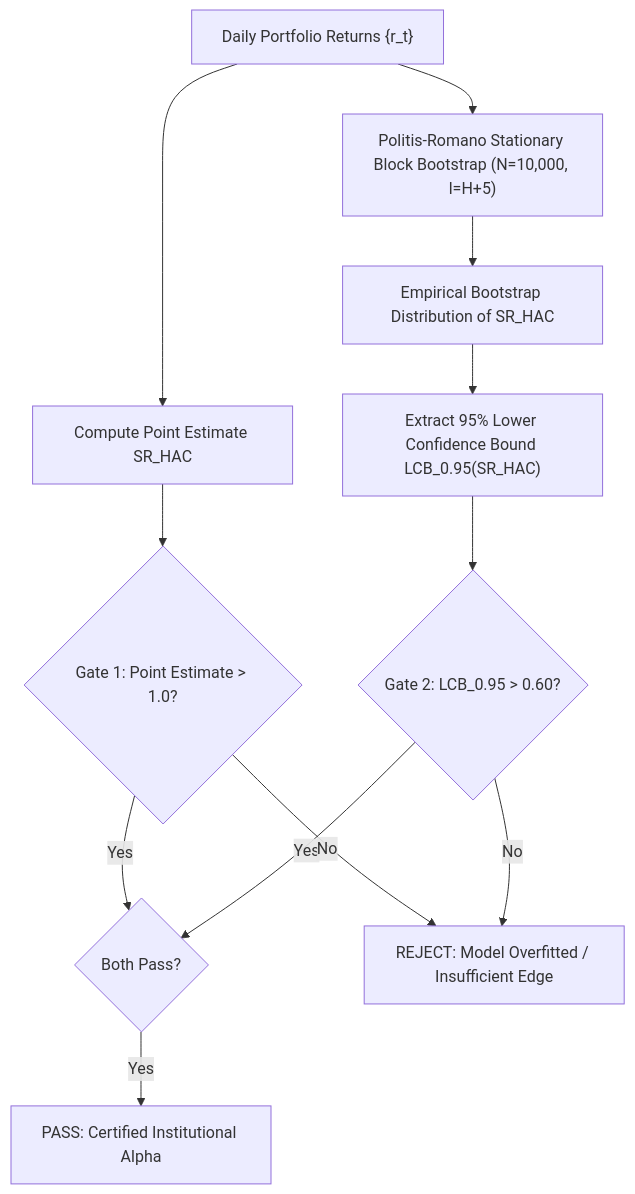
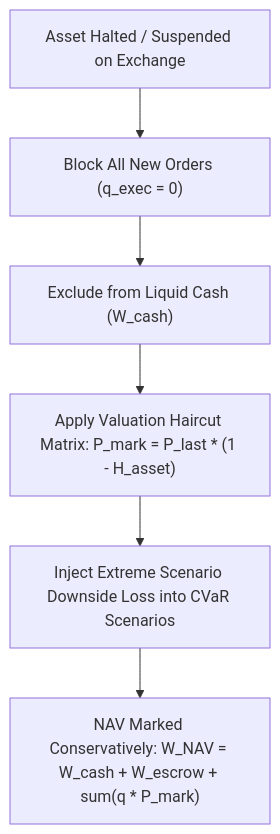
One commit to 2k25it2514261-cloud/alphaniti changed the second of 3 diagrams in README.md. Above: the diagram before and after it, drawn with Mermaid. The commit also changed other lines of this file, not shown here.

Commit message:
docs: formalize AlphaNiti v13.0 mathematical specification closing all audit critiques

````diff
--- a/README.md
+++ b/README.md
@@ -71,14 +103,8 @@
 ```mermaid
 flowchart TD
-    A["Daily Portfolio Returns {r_t}"] --> B["Compute Point Estimate SR_HAC"]
-    A --> C["Politis-Romano Stationary Block Bootstrap (N=10,000, l=H+5)"]
-    C --> D["Empirical Bootstrap Distribution of SR_HAC"]
-    D --> E["Extract 95% Lower Confidence Bound LCB_0.95(SR_HAC)"]
-    B --> F{"Gate 1: Point Estimate > 1.0?"}
-    E --> G{"Gate 2: LCB_0.95 > 0.60?"}
-    F -- Yes --> H{"Both Pass?"}
-    G -- Yes --> H
-    F -- No --> I["REJECT: Model Overfitted / Insufficient Edge"]
-    G -- No --> I
-    H -- Yes --> J["PASS: Certified Institutional Alpha"]
+    A["Asset Halted / Suspended on Exchange"] --> B["Block All New Orders (q_exec = 0)"]
+    B --> C["Exclude from Liquid Cash (W_cash)"]
+    C --> D["Apply Valuation Haircut Matrix: P_mark = P_last * (1 - H_asset)"]
+    D --> E["Inject Extreme Scenario Downside Loss into CVaR Scenarios"]
+    E --> F["NAV Marked Conservatively: W_NAV = W_cash + W_escrow + sum(q * P_mark)"]
 ```
````
